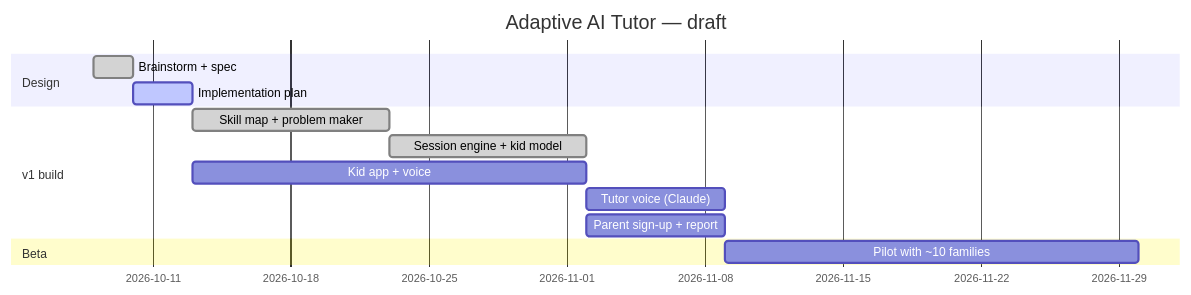
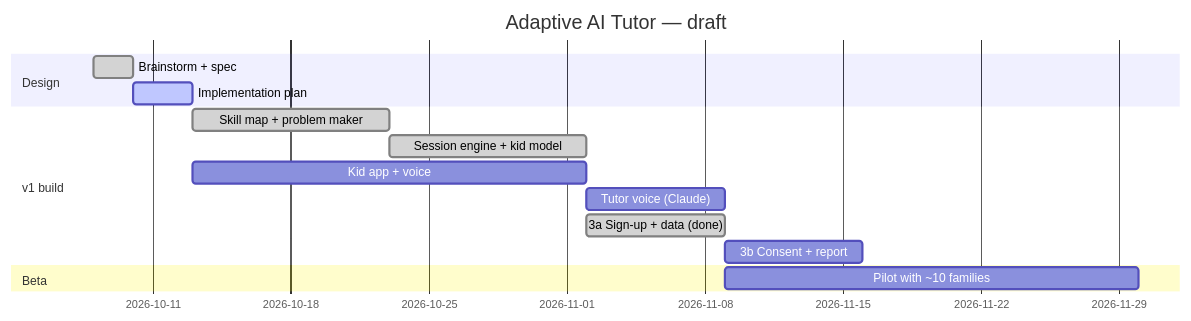
One commit to andrejovnarski/ai-tutor changed the diagram in vault/05 Roadmap/Roadmap.md. Above: the diagram before and after it, drawn with Mermaid. The commit also changed 2 other files, not shown here.

Commit message:
docs: setup guide for hosted Supabase and Resend; roadmap split

````diff
--- a/vault/05 Roadmap/Roadmap.md
+++ b/vault/05 Roadmap/Roadmap.md
@@ -9,16 +9,17 @@
 ```mermaid
 gantt
   title Adaptive AI Tutor — draft
   dateFormat YYYY-MM-DD
   section Design
   Brainstorm + spec         :done, d1, 2026-10-08, 2d
   Implementation plan       :active, d2, after d1, 3d
   section v1 build
   Skill map + problem maker :done, b1, after d2, 10d
   Session engine + kid model:done, b2, after b1, 10d
   Kid app + voice           :b3, after d2, 20d
   Tutor voice (Claude)      :b4, after b2, 7d
-  Parent sign-up + report   :b5, after b2, 7d
+  3a Sign-up + data (done)  :done, b5a, after b2, 7d
+  3b Consent + report       :b5b, after b5a, 7d
   section Beta
   Pilot with ~10 families   :p1, after b4, 21d
 ```
````
